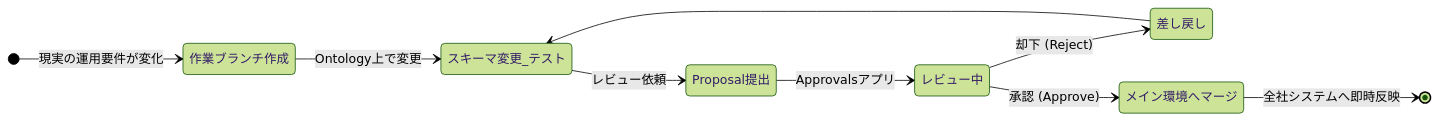
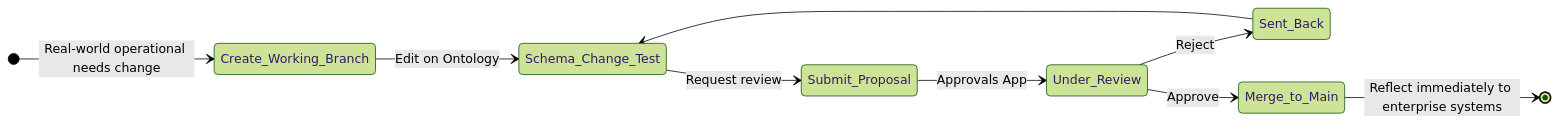
The sixth of 9 diagrams in docs/the-palantir-impact_jp.md (jonnydubowsky/palantir-ontology-strategy), drawn with Mermaid (forest theme) before and after one commit. The commit also changed other lines of this file and 2 other files, not shown here.

````diff
--- a/docs/the-palantir-impact_jp.md
+++ b/docs/the-palantir-impact_jp.md
@@ -242,14 +242,14 @@
 ```mermaid
 stateDiagram-v2
     direction LR
-    [*] --> 作業ブランチ作成: 現実の運用要件が変化
-    作業ブランチ作成 --> スキーマ変更_テスト: Ontology上で変更
-    スキーマ変更_テスト --> Proposal提出: レビュー依頼
-    Proposal提出 --> レビュー中: Approvalsアプリ
+    [*] --> Create_Working_Branch: Real-world operational needs change
+    Create_Working_Branch --> Schema_Change_Test: Edit on Ontology
+    Schema_Change_Test --> Submit_Proposal: Request review
+    Submit_Proposal --> Under_Review: Approvals App
     
-    レビュー中 --> 差し戻し: 却下 (Reject)
-    差し戻し --> スキーマ変更_テスト
+    Under_Review --> Sent_Back: Reject
+    Sent_Back --> Schema_Change_Test
     
-    レビュー中 --> メイン環境へマージ: 承認 (Approve)
-    メイン環境へマージ --> [*]: 全社システムへ即時反映
+    Under_Review --> Merge_to_Main: Approve
+    Merge_to_Main --> [*]: Reflect immediately to enterprise systems
 ```
````
